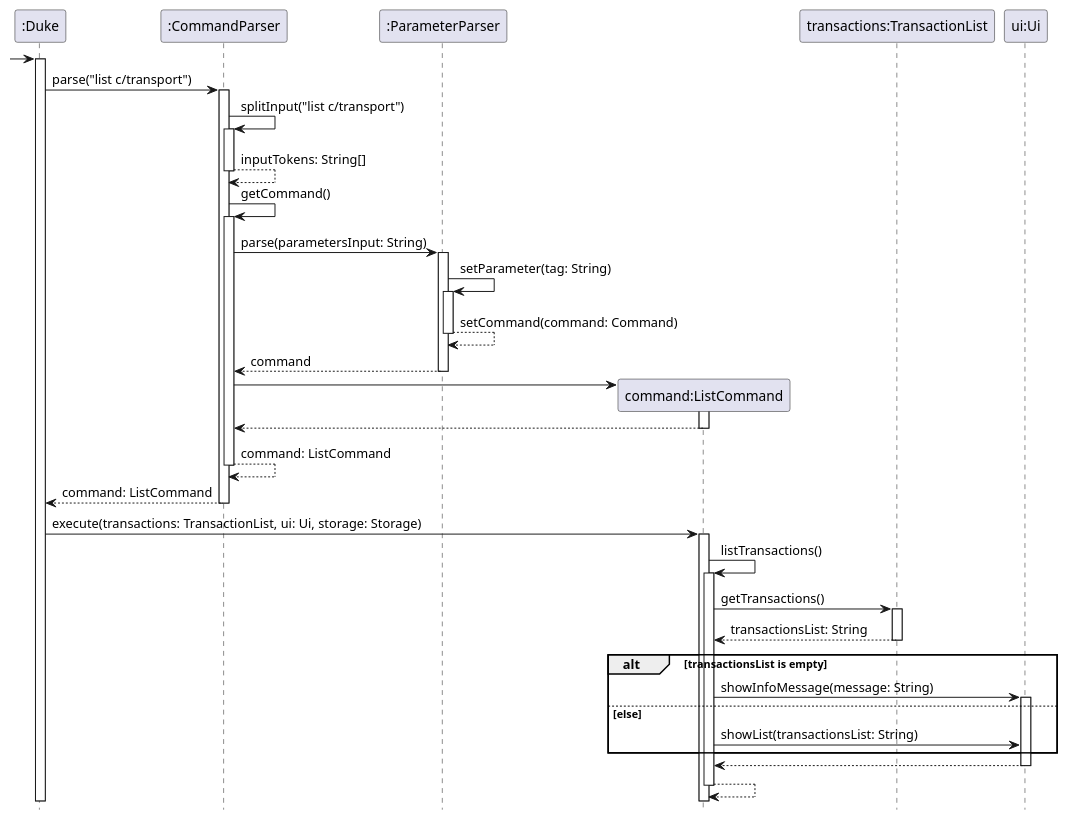
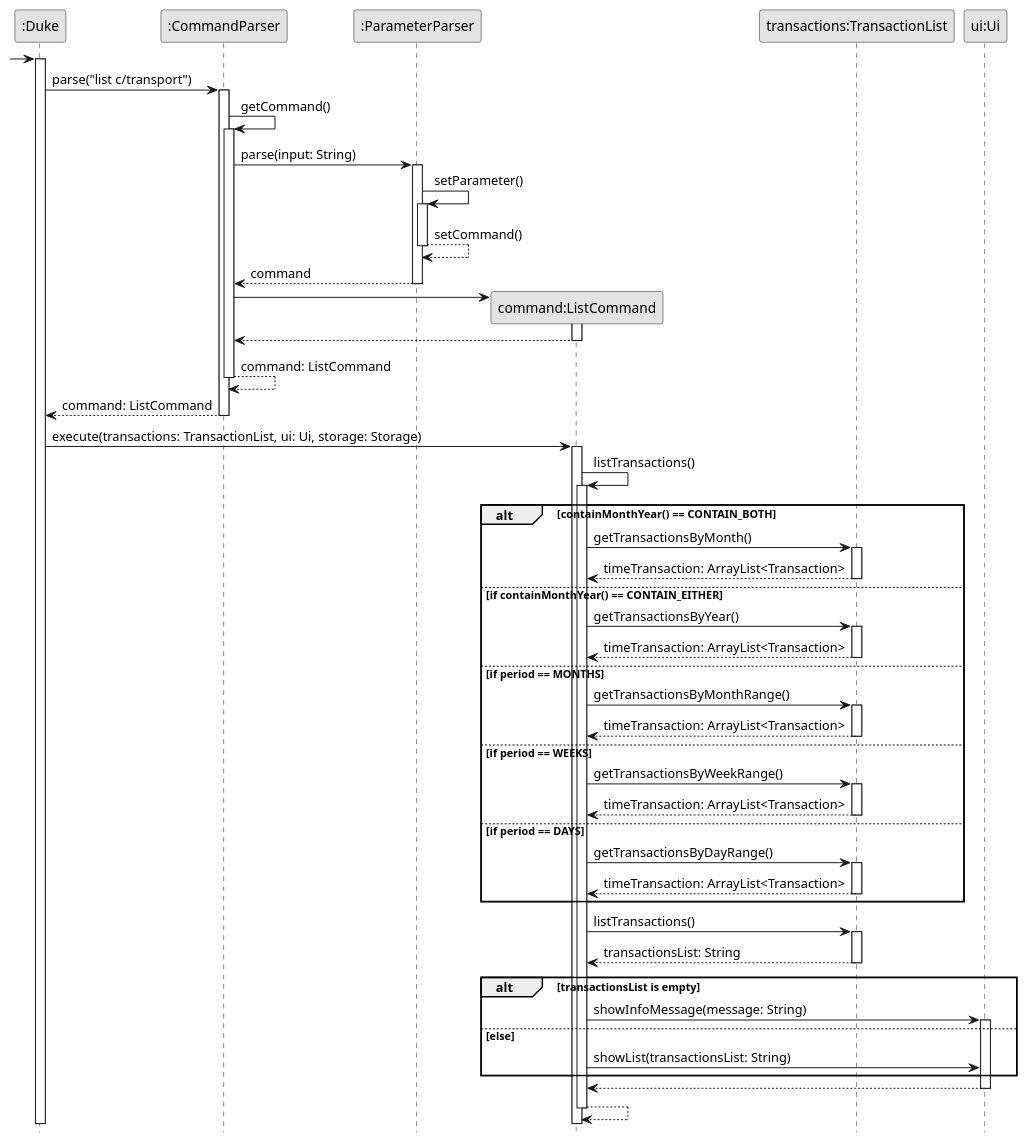
One commit to nus-cs2113-AY2223S1/tp changed the diagram in docs/diagram/ListCommandSequenceDiagram.puml. Above: the diagram before and after it, drawn with PlantUML. The commit also changed 2 other files, not shown here.

Commit message:
Fix Sequence Diagram

```diff
--- a/docs/diagram/ListCommandSequenceDiagram.puml
+++ b/docs/diagram/ListCommandSequenceDiagram.puml
@@ -1,67 +1,89 @@
 @startuml
+skinparam monochrome true
+skinparam shadowing false
 'https://plantuml.com/sequence-diagram
 hide footbox
 
 Participant ":Duke" as Duke
 Participant ":CommandParser" as CommandParser
 Participant ":ParameterParser" as ParameterParser
 Participant "command:ListCommand" as ListCommand
 Participant "transactions:TransactionList" as Transactions
 Participant "ui:Ui" as Ui
 
+
 -> Duke
 activate Duke
 
 Duke -> CommandParser:parse("list c/transport")
 activate CommandParser
 
-CommandParser -> CommandParser:splitInput("list c/transport")
-activate CommandParser
-return inputTokens: String[]
 
 CommandParser -> CommandParser:getCommand()
 activate CommandParser
 
 
-CommandParser -> ParameterParser:parse(parametersInput: String)
+CommandParser -> ParameterParser:parse(input: String)
 activate ParameterParser
 
-ParameterParser ->ParameterParser:setParameter(tag: String)
+ParameterParser ->ParameterParser:setParameter()
 activate ParameterParser
-return setCommand(command: Command)
+return setCommand()
 return command
 
 create ListCommand
 CommandParser -> ListCommand
 activate ListCommand
 return
 
 return command: ListCommand
 
 return command: ListCommand
 deactivate CommandParser
 
 Duke -> ListCommand:execute(transactions: TransactionList, ui: Ui, storage: Storage)
 activate ListCommand
 
 
 
 ListCommand -> ListCommand:listTransactions()
 activate ListCommand
 
-ListCommand -> Transactions:getTransactions()
+alt containMonthYear() == CONTAIN_BOTH
+    ListCommand -> Transactions:getTransactionsByMonth()
+    activate Transactions
+    return timeTransaction: ArrayList<Transaction>
+else if containMonthYear() == CONTAIN_EITHER
+    ListCommand -> Transactions:getTransactionsByYear()
+    activate Transactions
+    return timeTransaction: ArrayList<Transaction>
+else if period == MONTHS
+    ListCommand -> Transactions:getTransactionsByMonthRange()
+    activate Transactions
+    return timeTransaction: ArrayList<Transaction>
+else if period == WEEKS
+    ListCommand -> Transactions:getTransactionsByWeekRange()
+    activate Transactions
+    return timeTransaction: ArrayList<Transaction>
+else if period == DAYS
+    ListCommand -> Transactions:getTransactionsByDayRange()
+    activate Transactions
+    return timeTransaction: ArrayList<Transaction>
+end
+
+ListCommand -> Transactions:listTransactions()
 activate Transactions
+return transactionsList: String
 
-return transactionsList: String
 
 alt transactionsList is empty
     ListCommand -> Ui:showInfoMessage(message: String)
     activate Ui
 else else
     ListCommand -> Ui:showList(transactionsList: String)
 end
 
 return
 
 return
 @enduml
```
